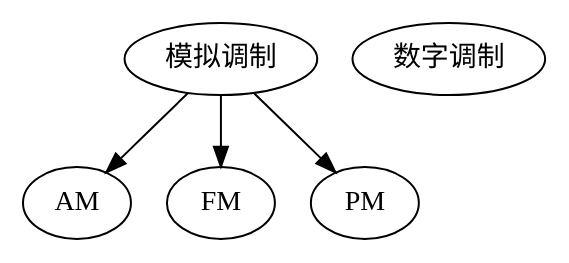
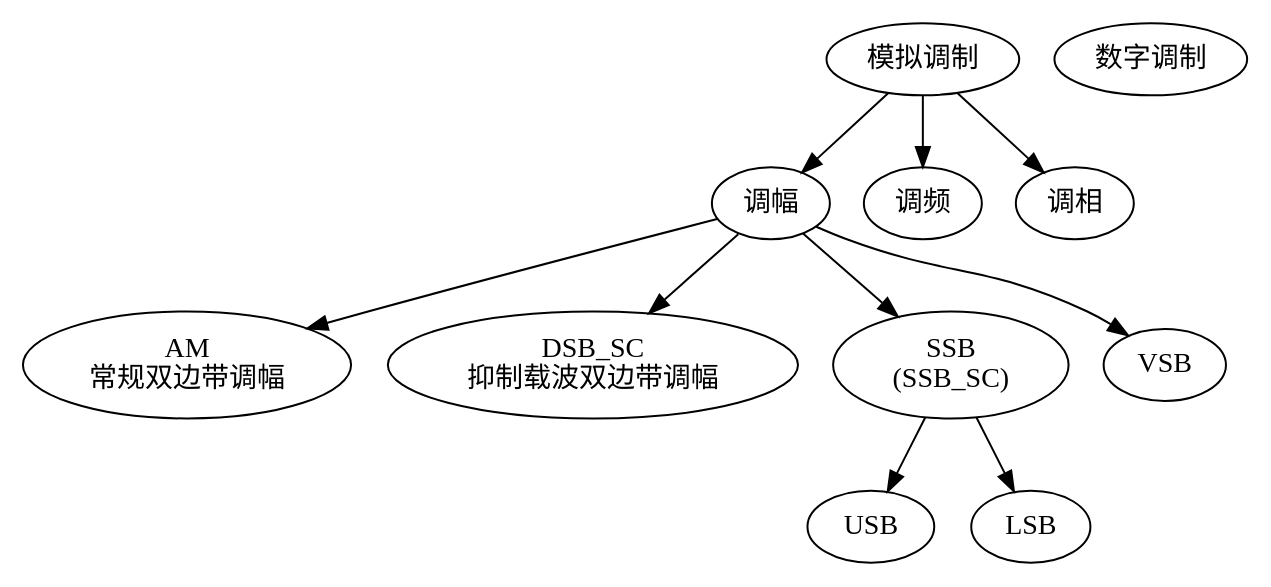
The diagram in modulation.org (ziyuanjun/tobeEE), drawn with Graphviz before and after one commit. The commit also changed other lines of this file and 29 other files, not shown here.

```diff
--- a/modulation.org
+++ b/modulation.org
@@ -17,8 +17,19 @@
   #+BEGIN_SRC dot :file Images/mod_class.png :results file
   digraph G {
   m [label="模拟调制"];
   s [label="数字调制"];
-
-  m->{AM,FM,PM};
+  Ampli_M [label="调幅"];
+  Freq_M [label="调频"];
+  Phase_M [label="调相"];
+  AM [label="AM\n常规双边带调幅"];
+  DSB_SC [label="DSB_SC\n抑制载波双边带调幅"];
+  SSB[label="SSB\n(SSB_SC)"];
+  VSB[label="VSB"];
+  m->{Ampli_M,Freq_M,Phase_M};
+  Ampli_M->AM;
+  Ampli_M->DSB_SC;
+  Ampli_M->SSB->{USB,LSB};
+  Ampli_M->VSB;
+  
   }
   #+END_SRC
```
